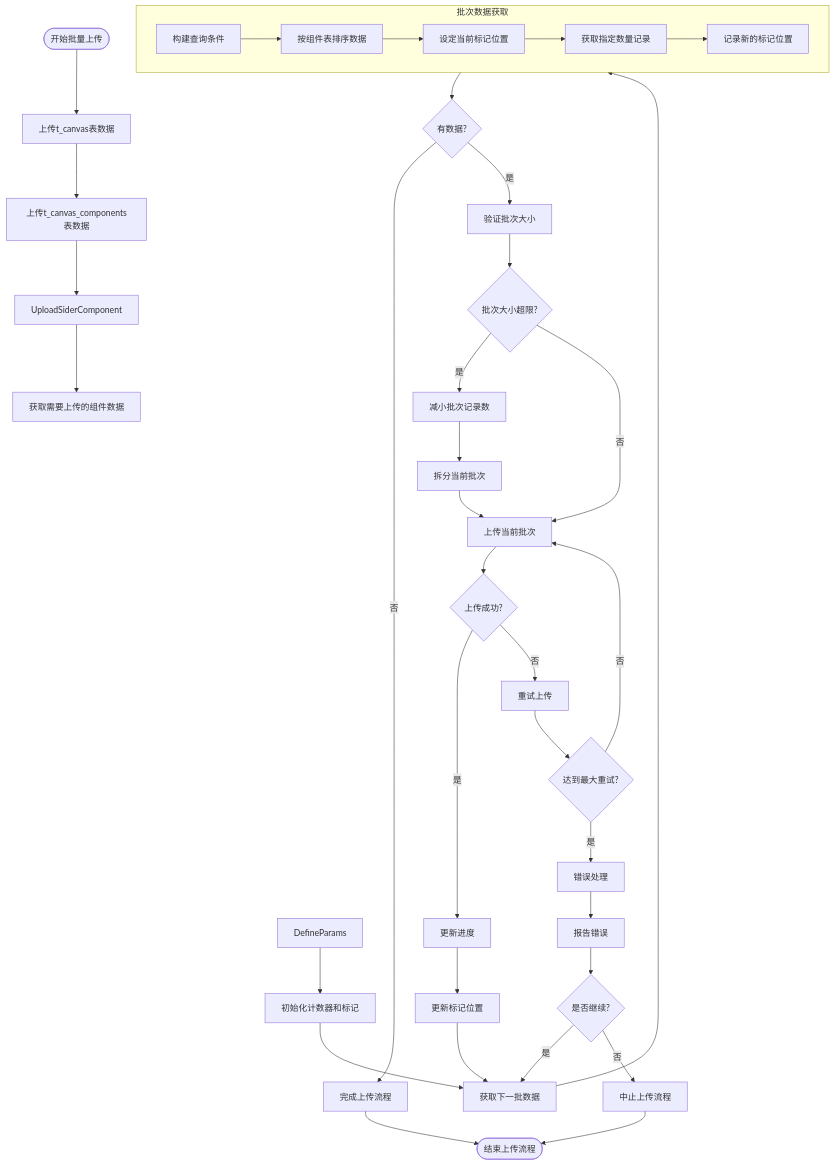
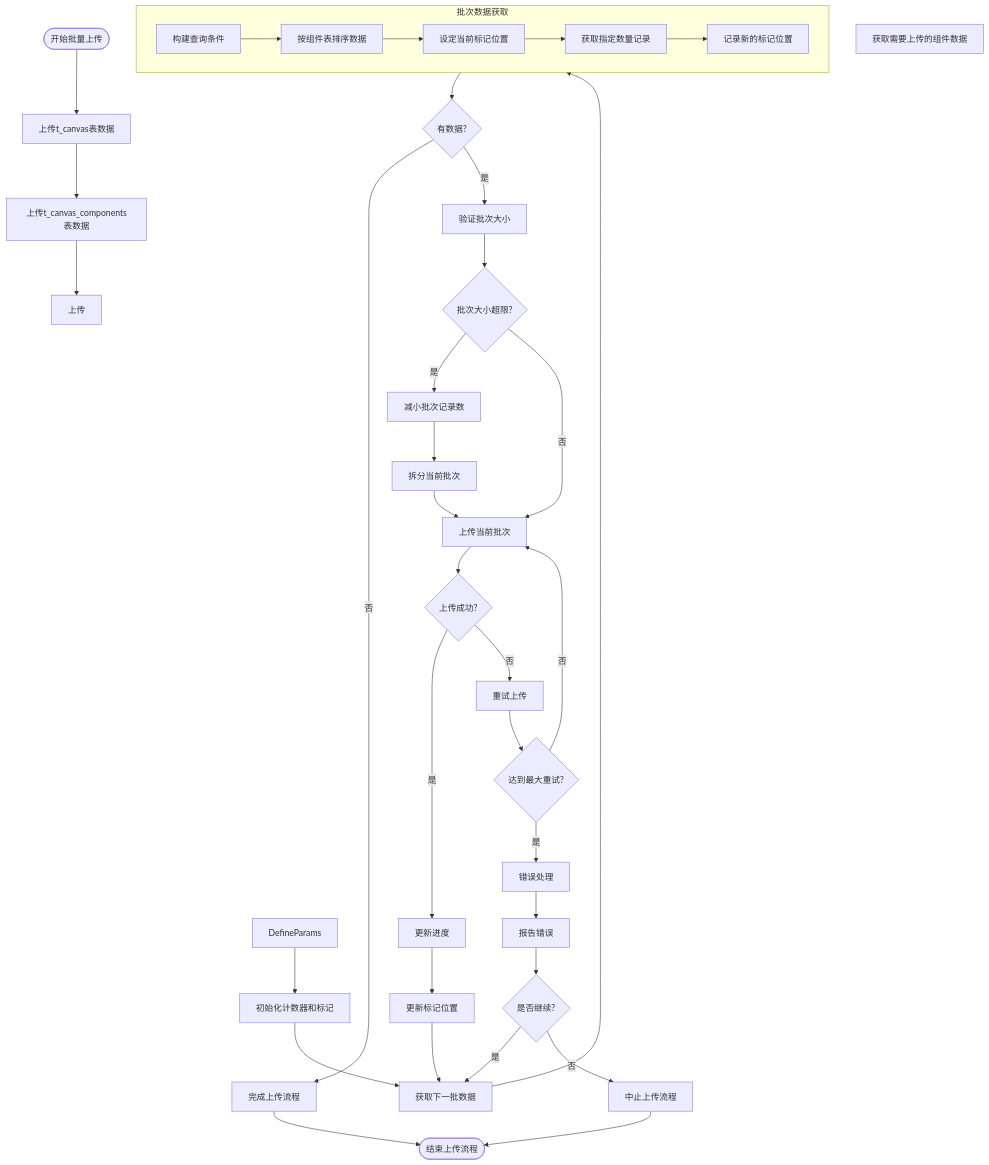
Before and after one commit to yingjianzh/iodraw-files: the diagram in all/未命名-51.md, drawn with Mermaid.

Commit message:
2025-05-08 17:24:17 update

````diff
--- a/all/未命名-51.md
+++ b/all/未命名-51.md
@@ -1,50 +1,50 @@
 ```mermaid
 flowchart TD
     Start([开始批量上传]) --> UploadSpaceData[上传t_canvas表数据]
     UploadSpaceData --> UploadComponentListData[上传t_canvas_components表数据]
-    UploadComponentListData --> UploadSiderComponent --> 
+    UploadComponentListData --> UploadSiderComponent[上传]
     
     UploadData[获取需要上传的组件数据]
     DefineParams --> InitCounters[初始化计数器和标记]
     
     InitCounters --> FetchNextBatch[获取下一批数据]
     
     subgraph BatchFetch [批次数据获取]
         A[构建查询条件] --> B[按组件表排序数据]
         B --> C[设定当前标记位置]
         C --> D[获取指定数量记录]
         D --> E[记录新的标记位置]
     end
     
     FetchNextBatch --> BatchFetch
     
     BatchFetch --> CheckResults{有数据?}
     CheckResults -->|否| CompleteUpload[完成上传流程]
     CheckResults -->|是| ValidateBatch[验证批次大小]
     
     ValidateBatch --> SizeTooLarge{批次大小超限?}
     SizeTooLarge -->|是| AdjustBatchSize[减小批次记录数]
     SizeTooLarge -->|否| UploadBatch[上传当前批次]
     
     AdjustBatchSize --> SplitBatch[拆分当前批次]
     SplitBatch --> UploadBatch
     
     UploadBatch --> UploadSuccess{上传成功?}
     UploadSuccess -->|是| UpdateProgress[更新进度]
     UploadSuccess -->|否| RetryUpload[重试上传]
     
     RetryUpload --> MaxRetries{达到最大重试?}
     MaxRetries -->|否| UploadBatch
     MaxRetries -->|是| ErrorHandling[错误处理]
     
     ErrorHandling --> ReportError[报告错误]
     ReportError --> ContinueOption{是否继续?}
     ContinueOption -->|是| FetchNextBatch
     ContinueOption -->|否| AbortProcess[中止上传流程]
     
     UpdateProgress --> UpdateMarker[更新标记位置]
     UpdateMarker --> FetchNextBatch
     
     CompleteUpload --> End([结束上传流程])
     AbortProcess --> End
 ```
````
